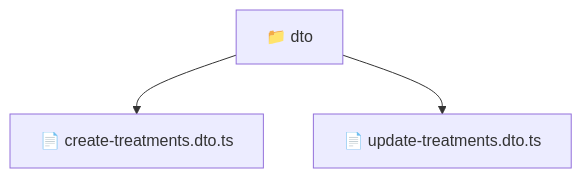
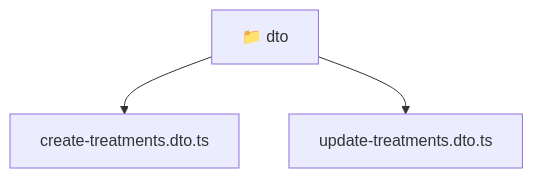
Before and after one commit to beginwebdev2002/fullstack-mavluda: the diagram in backend/src/modules/treatments/presentation/dto/README.md, drawn with Mermaid. The commit also changed other lines of this file and 167 other files, not shown here.

````diff
--- a/backend/src/modules/treatments/presentation/dto/README.md
+++ b/backend/src/modules/treatments/presentation/dto/README.md
@@ -9,6 +9,8 @@
 ```mermaid
 graph TD
-  Root["📁 dto"]
-  Root --> create_treatments_dto_ts["📄 create-treatments.dto.ts"]
-  Root --> update_treatments_dto_ts["📄 update-treatments.dto.ts"]
+  Root_dto["📁 dto"]
+  f_create_treatments_dto_ts["create-treatments.dto.ts"]
+  Root_dto --> f_create_treatments_dto_ts
+  f_update_treatments_dto_ts["update-treatments.dto.ts"]
+  Root_dto --> f_update_treatments_dto_ts
 ```
````
